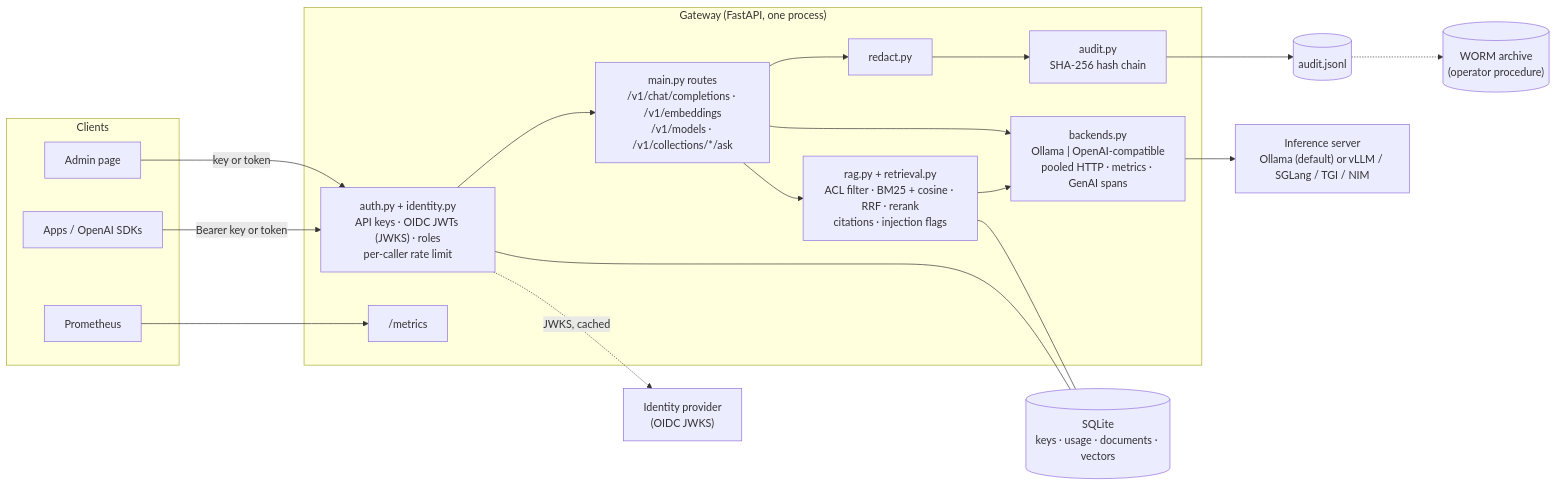
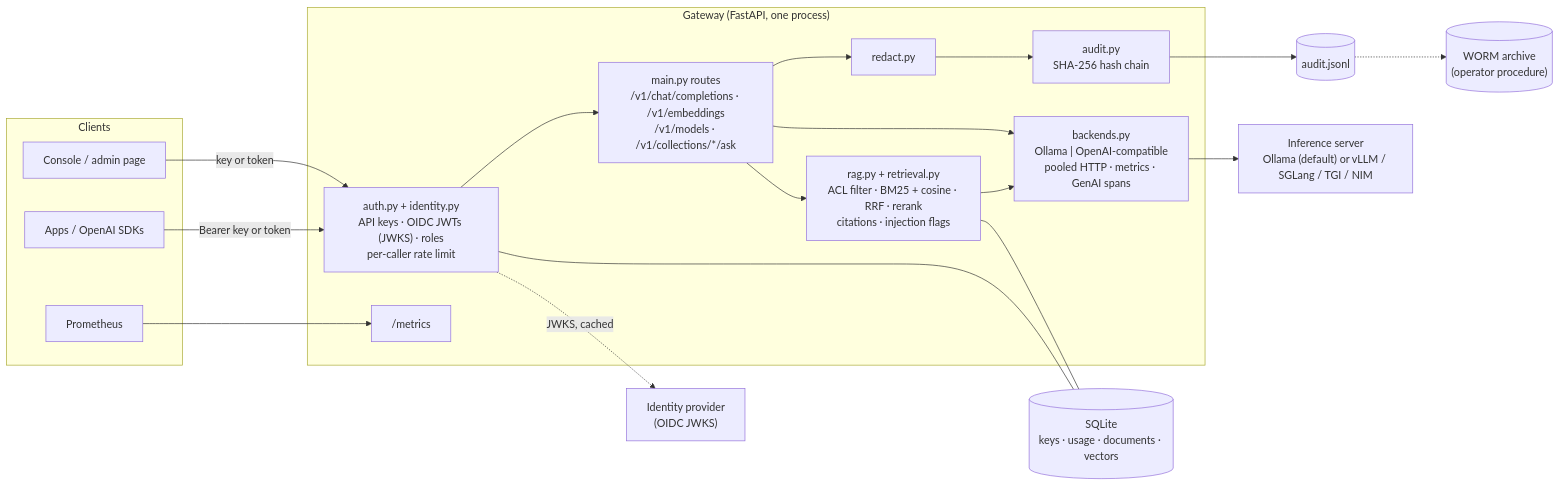
Before and after one commit to coreymathie/local-llm-deploy-kit: the diagram in README.md, drawn with Mermaid. The commit also changed other lines of this file and 4 other files, not shown here.

````diff
--- a/README.md
+++ b/README.md
@@ -44,32 +91,32 @@
 ```mermaid
 flowchart LR
   subgraph Clients
     A[Apps / OpenAI SDKs]
-    U[Admin page]
+    U[Console / admin page]
     P[Prometheus]
   end
   subgraph Gateway["Gateway (FastAPI, one process)"]
     AU["auth.py + identity.py<br/>API keys · OIDC JWTs (JWKS) · roles<br/>per-caller rate limit"]
     R["main.py routes<br/>/v1/chat/completions · /v1/embeddings<br/>/v1/models · /v1/collections/*/ask"]
     RAG["rag.py + retrieval.py<br/>ACL filter · BM25 + cosine · RRF · rerank<br/>citations · injection flags"]
     BE["backends.py<br/>Ollama | OpenAI-compatible<br/>pooled HTTP · metrics · GenAI spans"]
     AUD["audit.py<br/>SHA-256 hash chain"]
     RED["redact.py"]
     M["/metrics"]
   end
   DB[("SQLite<br/>keys · usage · documents · vectors")]
   LOG[("audit.jsonl")]
   WORM[("WORM archive<br/>(operator procedure)")]
   INF["Inference server<br/>Ollama (default) or vLLM / SGLang / TGI / NIM"]
 
   IDP["Identity provider<br/>(OIDC JWKS)"]
   A -->|Bearer key or token| AU --> R
   U -->|key or token| AU
   AU -.->|JWKS, cached| IDP
   P --> M
   R --> RAG --> BE
   R --> BE --> INF
   AU --- DB
   RAG --- DB
   R --> RED --> AUD --> LOG -.-> WORM
 ```
````
